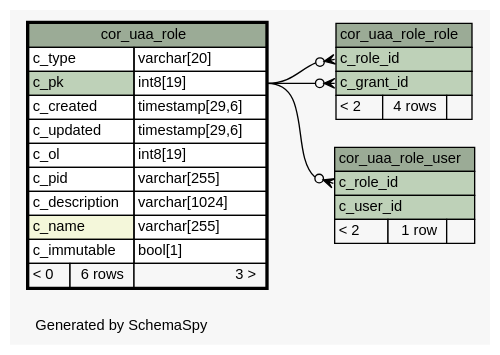
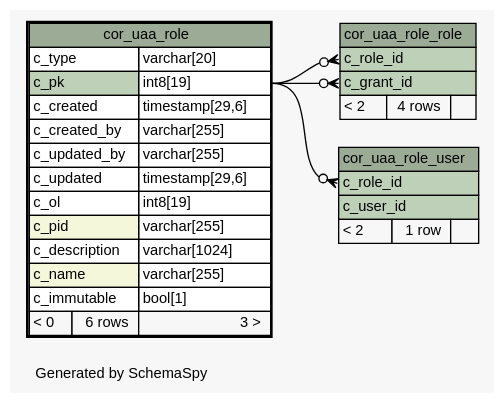
Before and after one commit to openwms/org.openwms.core.uaa: the diagram in 1.1.0-SNAPSHOT/schemaspy/diagrams/cor_uaa_role.1degree.dot, drawn with Graphviz. The commit also changed 268 other files, not shown here.

```diff
--- a/1.1.0-SNAPSHOT/schemaspy/diagrams/cor_uaa_role.1degree.dot
+++ b/1.1.0-SNAPSHOT/schemaspy/diagrams/cor_uaa_role.1degree.dot
@@ -1,65 +1,67 @@
-// dot 2.43.0 on Linux 5.11.0-1021-azure
+// dot 2.43.0 on Linux 5.13.0-1029-azure
 // SchemaSpy rev Unknown
 digraph "oneDegreeRelationshipsDiagram" {
   graph [
     rankdir="RL"
     bgcolor="#f7f7f7"
     label="\nGenerated by SchemaSpy"
     labeljust="l"
     nodesep="0.18"
     ranksep="0.46"
     fontname="Helvetica"
     fontsize="11"
   ];
   node [
     fontname="Helvetica"
     fontsize="11"
     shape="plaintext"
   ];
   edge [
     arrowsize="0.8"
   ];
   "cor_uaa_role_role":"c_grant_id":w -> "cor_uaa_role":"c_pk.type":e [arrowhead=none dir=back arrowtail=crowodot];
   "cor_uaa_role_role":"c_role_id":w -> "cor_uaa_role":"c_pk.type":e [arrowhead=none dir=back arrowtail=crowodot];
   "cor_uaa_role_user":"c_role_id":w -> "cor_uaa_role":"c_pk.type":e [arrowhead=none dir=back arrowtail=crowodot];
   "cor_uaa_role" [
     label=<
     <TABLE BORDER="2" CELLBORDER="1" CELLSPACING="0" BGCOLOR="#ffffff">
       <TR><TD COLSPAN="3" BGCOLOR="#9bab96" ALIGN="CENTER">cor_uaa_role</TD></TR>
       <TR><TD PORT="c_type" COLSPAN="2" ALIGN="LEFT">c_type</TD><TD PORT="c_type.type" ALIGN="LEFT">varchar[20]</TD></TR>
       <TR><TD PORT="c_pk" COLSPAN="2" BGCOLOR="#bed1b8" ALIGN="LEFT">c_pk</TD><TD PORT="c_pk.type" ALIGN="LEFT">int8[19]</TD></TR>
       <TR><TD PORT="c_created" COLSPAN="2" ALIGN="LEFT">c_created</TD><TD PORT="c_created.type" ALIGN="LEFT">timestamp[29,6]</TD></TR>
+      <TR><TD PORT="c_created_by" COLSPAN="2" ALIGN="LEFT">c_created_by</TD><TD PORT="c_created_by.type" ALIGN="LEFT">varchar[255]</TD></TR>
+      <TR><TD PORT="c_updated_by" COLSPAN="2" ALIGN="LEFT">c_updated_by</TD><TD PORT="c_updated_by.type" ALIGN="LEFT">varchar[255]</TD></TR>
       <TR><TD PORT="c_updated" COLSPAN="2" ALIGN="LEFT">c_updated</TD><TD PORT="c_updated.type" ALIGN="LEFT">timestamp[29,6]</TD></TR>
       <TR><TD PORT="c_ol" COLSPAN="2" ALIGN="LEFT">c_ol</TD><TD PORT="c_ol.type" ALIGN="LEFT">int8[19]</TD></TR>
-      <TR><TD PORT="c_pid" COLSPAN="2" ALIGN="LEFT">c_pid</TD><TD PORT="c_pid.type" ALIGN="LEFT">varchar[255]</TD></TR>
+      <TR><TD PORT="c_pid" COLSPAN="2" BGCOLOR="#f4f7da" ALIGN="LEFT">c_pid</TD><TD PORT="c_pid.type" ALIGN="LEFT">varchar[255]</TD></TR>
       <TR><TD PORT="c_description" COLSPAN="2" ALIGN="LEFT">c_description</TD><TD PORT="c_description.type" ALIGN="LEFT">varchar[1024]</TD></TR>
       <TR><TD PORT="c_name" COLSPAN="2" BGCOLOR="#f4f7da" ALIGN="LEFT">c_name</TD><TD PORT="c_name.type" ALIGN="LEFT">varchar[255]</TD></TR>
       <TR><TD PORT="c_immutable" COLSPAN="2" ALIGN="LEFT">c_immutable</TD><TD PORT="c_immutable.type" ALIGN="LEFT">bool[1]</TD></TR>
       <TR><TD ALIGN="LEFT" BGCOLOR="#f7f7f7">&lt; 0</TD><TD ALIGN="RIGHT" BGCOLOR="#f7f7f7">6 rows</TD><TD ALIGN="RIGHT" BGCOLOR="#f7f7f7">3 &gt;</TD></TR>
     </TABLE>>
     URL="cor_uaa_role.html"
     tooltip="cor_uaa_role"
   ];
   "cor_uaa_role_role" [
     label=<
     <TABLE BORDER="0" CELLBORDER="1" CELLSPACING="0" BGCOLOR="#ffffff">
       <TR><TD COLSPAN="3" BGCOLOR="#9bab96" ALIGN="CENTER">cor_uaa_role_role</TD></TR>
       <TR><TD PORT="c_role_id" COLSPAN="3" BGCOLOR="#bed1b8" ALIGN="LEFT">c_role_id</TD></TR>
       <TR><TD PORT="c_grant_id" COLSPAN="3" BGCOLOR="#bed1b8" ALIGN="LEFT">c_grant_id</TD></TR>
       <TR><TD ALIGN="LEFT" BGCOLOR="#f7f7f7">&lt; 2</TD><TD ALIGN="RIGHT" BGCOLOR="#f7f7f7">4 rows</TD><TD ALIGN="RIGHT" BGCOLOR="#f7f7f7">  </TD></TR>
     </TABLE>>
     URL="cor_uaa_role_role.html"
     tooltip="cor_uaa_role_role"
   ];
   "cor_uaa_role_user" [
     label=<
     <TABLE BORDER="0" CELLBORDER="1" CELLSPACING="0" BGCOLOR="#ffffff">
       <TR><TD COLSPAN="3" BGCOLOR="#9bab96" ALIGN="CENTER">cor_uaa_role_user</TD></TR>
       <TR><TD PORT="c_role_id" COLSPAN="3" BGCOLOR="#bed1b8" ALIGN="LEFT">c_role_id</TD></TR>
       <TR><TD PORT="c_user_id" COLSPAN="3" BGCOLOR="#bed1b8" ALIGN="LEFT">c_user_id</TD></TR>
       <TR><TD ALIGN="LEFT" BGCOLOR="#f7f7f7">&lt; 2</TD><TD ALIGN="RIGHT" BGCOLOR="#f7f7f7">1 row</TD><TD ALIGN="RIGHT" BGCOLOR="#f7f7f7">  </TD></TR>
     </TABLE>>
     URL="cor_uaa_role_user.html"
     tooltip="cor_uaa_role_user"
   ];
 }
```
